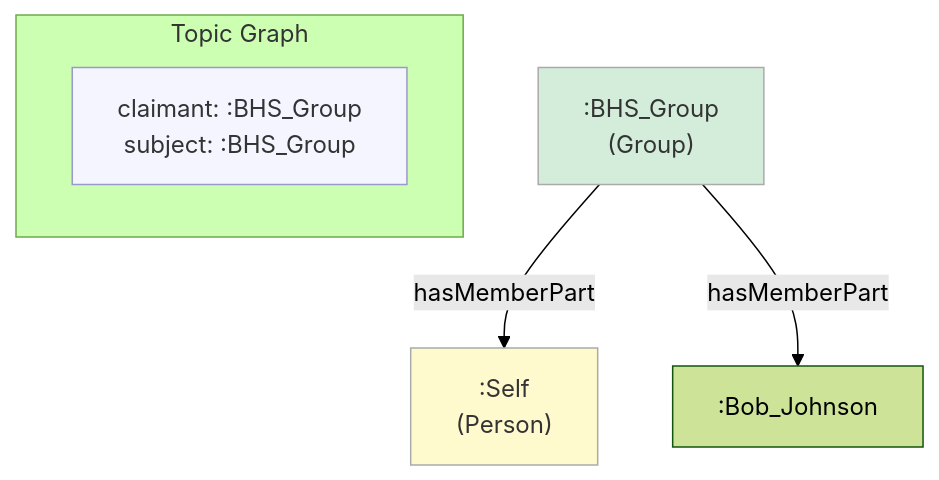
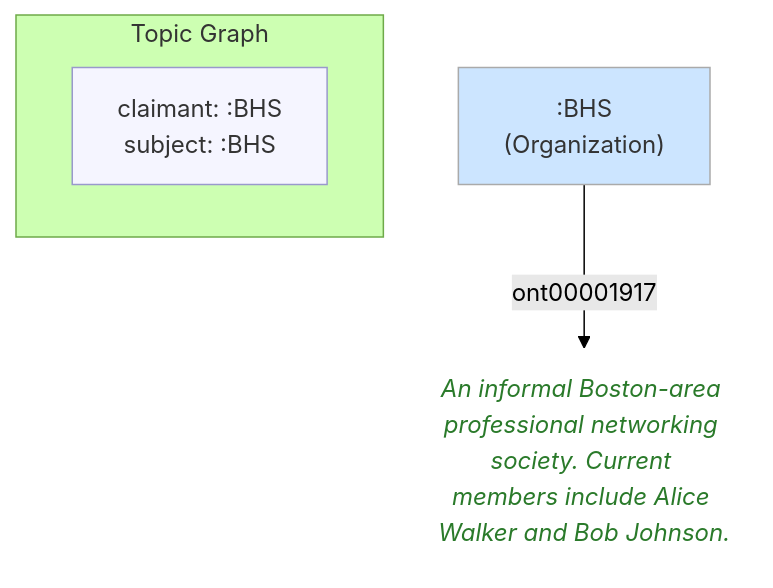
One commit to MeeFoundation/mia-ontologies changed the diagram in example/topics/images/topic-01.mmd. Above: the diagram before and after it, drawn with Mermaid (forest theme). The commit also changed 18 other files, not shown here.

```diff
--- a/example/topics/images/topic-01.mmd
+++ b/example/topics/images/topic-01.mmd
@@ -1,18 +1,15 @@
 flowchart TD
     classDef person fill:#fffacd,stroke:#aaa,color:#333
-    classDef grp    fill:#d4edda,stroke:#aaa,color:#333
     classDef org    fill:#cce5ff,stroke:#aaa,color:#333
     classDef lit    fill:none,stroke:none,font-style:italic,color:#2a7a2a
     classDef meta   fill:#f5f5ff,stroke:#9999cc,color:#333
 
     subgraph ctx["Topic Graph"]
         direction LR
-        ctx_meta["claimant: :BHS_Group\nsubject: :BHS_Group"]:::meta
+        ctx_meta["claimant: :BHS\nsubject: :BHS"]:::meta
     end
 
-    n1f280731bedf[":BHS_Group\n(Group)"]:::grp
-    ne0c3ba92f1db[":Self\n(Person)"]:::person
-    ncea94215aa38[":Bob_Johnson"]
+    n0644db9ef116[":BHS\n(Organization)"]:::org
+    n23d5650e2787("An informal Boston-area professional networking society. Current members include Alice Walker and Bob Johnson."):::lit
 
-    n1f280731bedf -->|"hasMemberPart"| ne0c3ba92f1db
-    n1f280731bedf -->|"hasMemberPart"| ncea94215aa38
+    n0644db9ef116 -->|"ont00001917"| n23d5650e2787
```
